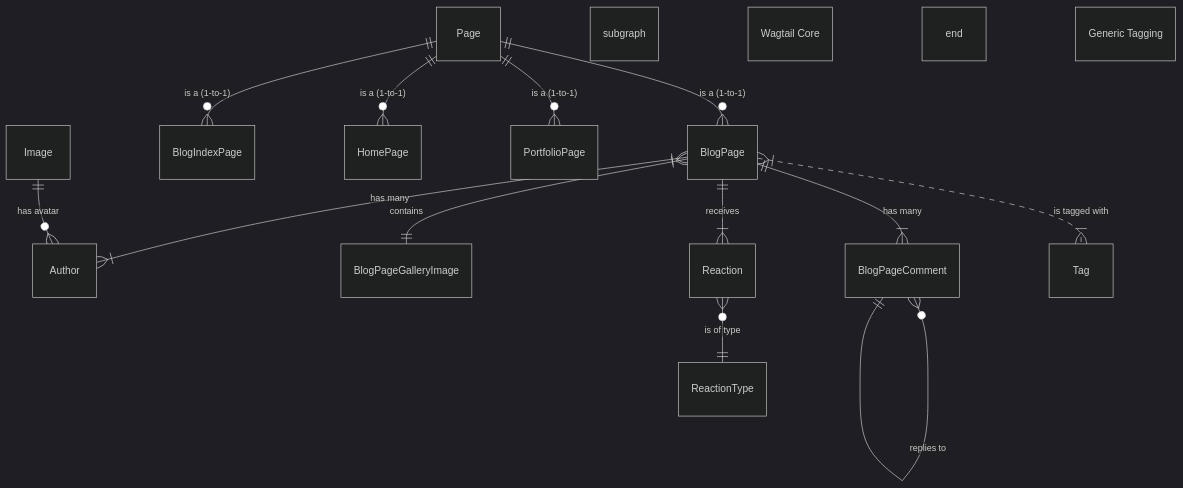
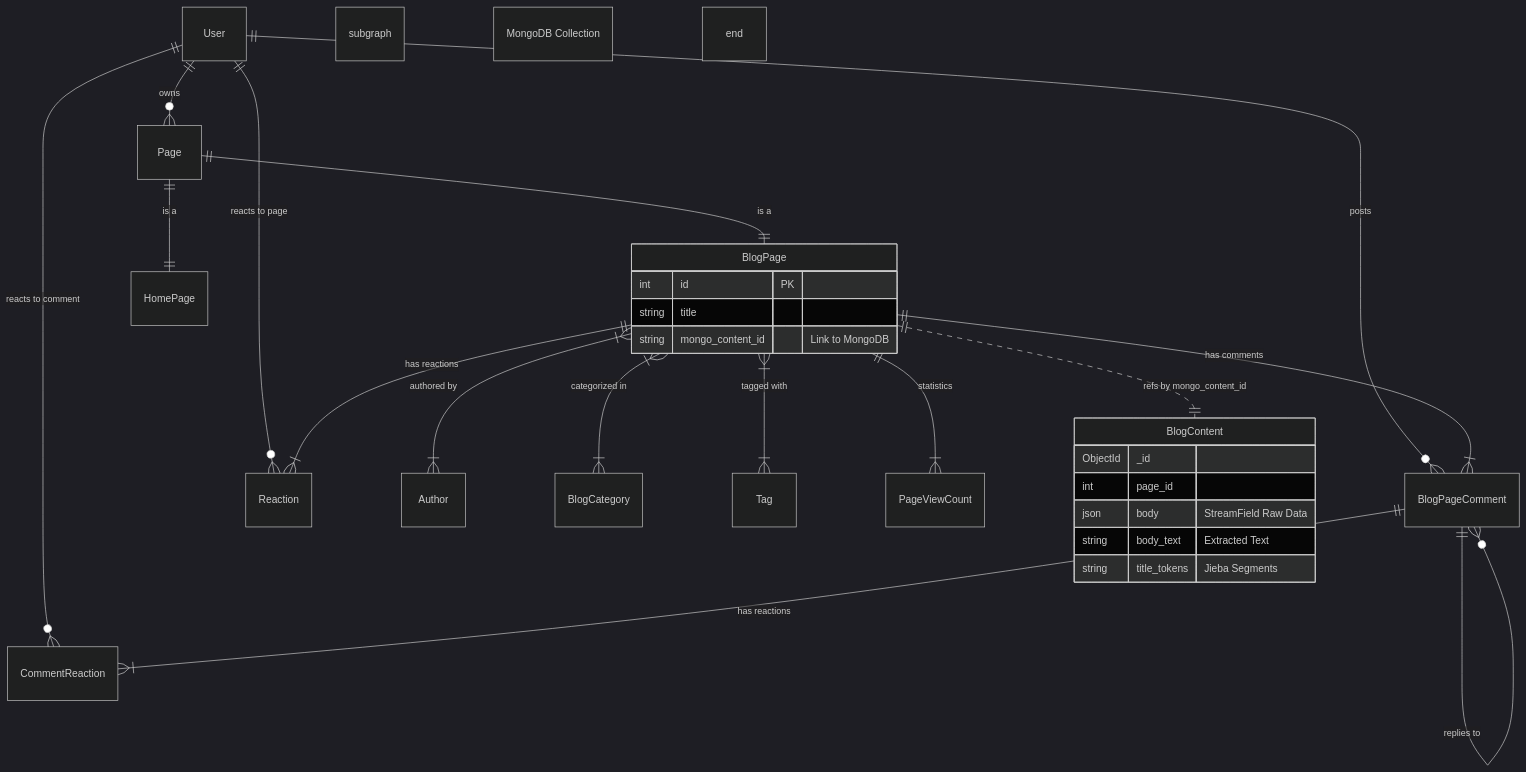
The diagram in wagtail/wagtailblog3/说明书/03-数据库设计说明书.md (anc1996/python-demo), drawn with Mermaid (dark theme) before and after one commit. The commit also changed other lines of this file and 71 other files, not shown here.

````diff
--- a/wagtail/wagtailblog3/说明书/03-数据库设计说明书.md
+++ b/wagtail/wagtailblog3/说明书/03-数据库设计说明书.md
@@ -38,29 +26,38 @@
 ```mermaid
 erDiagram
-    Page ||--o{ BlogPage : "is a (1-to-1)"
-    Page ||--o{ BlogIndexPage : "is a (1-to-1)"
-    Page ||--o{ HomePage : "is a (1-to-1)"
-    Page ||--o{ PortfolioPage : "is a (1-to-1)"
+    User ||--o{ Page : "owns"
+    User ||--o{ BlogPageComment : "posts"
+    User ||--o{ Reaction : "reacts to page"
+    User ||--o{ CommentReaction : "reacts to comment"
 
-    BlogPage }|--|{ Author : "has many"
-    BlogPage }|--|| BlogPageGalleryImage : "contains"
-    BlogPage ||--|{ Reaction : "receives"
-    BlogPage ||--|{ BlogPageComment : "has many"
+    Page ||--|| BlogPage : "is a"
+    Page ||--|| HomePage : "is a"
+    
+    BlogPage {
+        int id PK
+        string title
+        string mongo_content_id "Link to MongoDB"
+    }
 
-    BlogPageComment }o--|| BlogPageComment : "replies to"
+    BlogPage }|--|{ Author : "authored by"
+    BlogPage }|--|{ BlogCategory : "categorized in"
+    BlogPage }|--|{ Tag : "tagged with"
+    BlogPage ||--|{ BlogPageComment : "has comments"
+    BlogPage ||--|{ Reaction : "has reactions"
+    BlogPage ||--|{ PageViewCount : "statistics"
 
-    Reaction }o--|| ReactionType : "is of type"
+    BlogPageComment ||--o{ BlogPageComment : "replies to"
+    BlogPageComment ||--|{ CommentReaction : "has reactions"
 
-    BlogPage }|..|{ Tag : "is tagged with"
-
-    Image ||--o{ Author : "has avatar"
-
-    subgraph "Wagtail Core"
-        Page
-        Image
+    subgraph "MongoDB Collection"
+        BlogContent {
+            ObjectId _id
+            int page_id
+            json body "StreamField Raw Data"
+            string body_text "Extracted Text"
+            string title_tokens "Jieba Segments"
+        }
     end
 
-    subgraph "Generic Tagging"
-        Tag
-    end
+    BlogPage ||..|| BlogContent : "refs by mongo_content_id"
 ```
````
